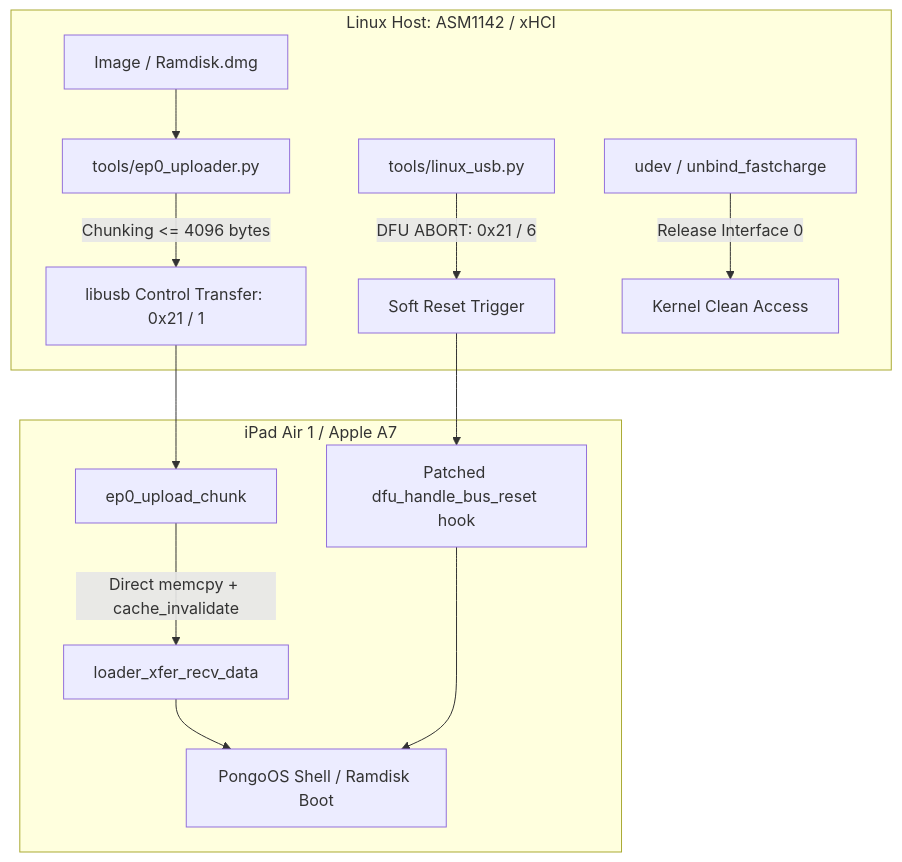
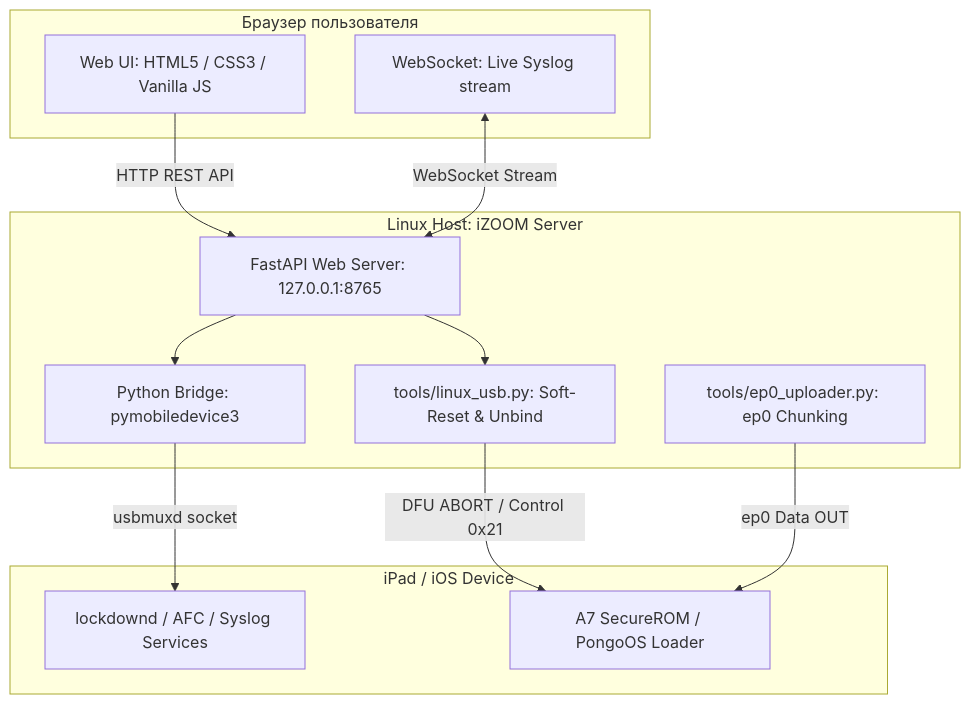
One commit to Bezooom/Shnurok changed the diagram in README.md. Above: the diagram before and after it, drawn with Mermaid. The commit also changed other lines of this file and 10 other files, not shown here.

Commit message:
feat: package full iZOOM web console and GUI suite for iPad on Linux

````diff
--- a/README.md
+++ b/README.md
@@ -49,17 +68,27 @@
 ```mermaid
 flowchart TD
-    subgraph Host[Linux Host: ASM1142 / xHCI]
-        A[Image / Ramdisk.dmg] --> B[tools/ep0_uploader.py]
-        B -->|Chunking <= 4096 bytes| C[libusb Control Transfer: 0x21 / 1]
-        D[tools/linux_usb.py] -->|DFU ABORT: 0x21 / 6| E[Soft Reset Trigger]
-        F[udev / unbind_fastcharge] -->|Release Interface 0| G[Kernel Clean Access]
+    subgraph Browser[Браузер пользователя]
+        UI[Web UI: HTML5 / CSS3 / Vanilla JS]
+        WS[WebSocket: Live Syslog stream]
     end
 
-    subgraph Device[iPad Air 1 / Apple A7]
-        C --> H[ep0_upload_chunk]
-        H -->|Direct memcpy + cache_invalidate| I[loader_xfer_recv_data]
-        E --> J[Patched dfu_handle_bus_reset hook]
-        I --> K[PongoOS Shell / Ramdisk Boot]
-        J --> K
+    subgraph Backend[Linux Host: iZOOM Server]
+        FastAPI[FastAPI Web Server: 127.0.0.1:8765]
+        Bridge[Python Bridge: pymobiledevice3]
+        Driver[tools/linux_usb.py: Soft-Reset & Unbind]
+        Uploader[tools/ep0_uploader.py: ep0 Chunking]
     end
+
+    subgraph iPad[iPad / iOS Device]
+        Lockdown[lockdownd / AFC / Syslog Services]
+        BootROM[A7 SecureROM / PongoOS Loader]
+    end
+
+    UI -->|HTTP REST API| FastAPI
+    WS <-->|WebSocket Stream| FastAPI
+    FastAPI --> Bridge
+    FastAPI --> Driver
+    Bridge -->|usbmuxd socket| Lockdown
+    Driver -->|DFU ABORT / Control 0x21| BootROM
+    Uploader -->|ep0 Data OUT| BootROM
 ```
````
